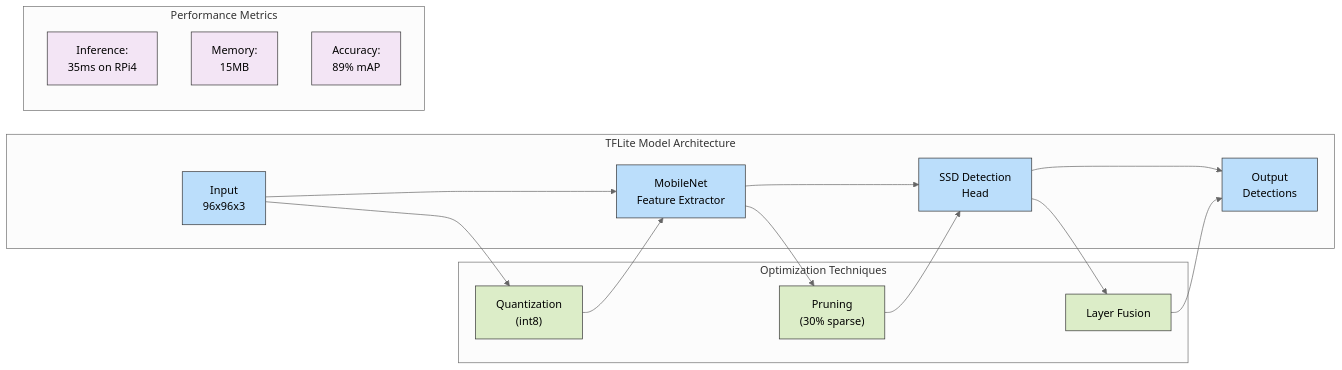
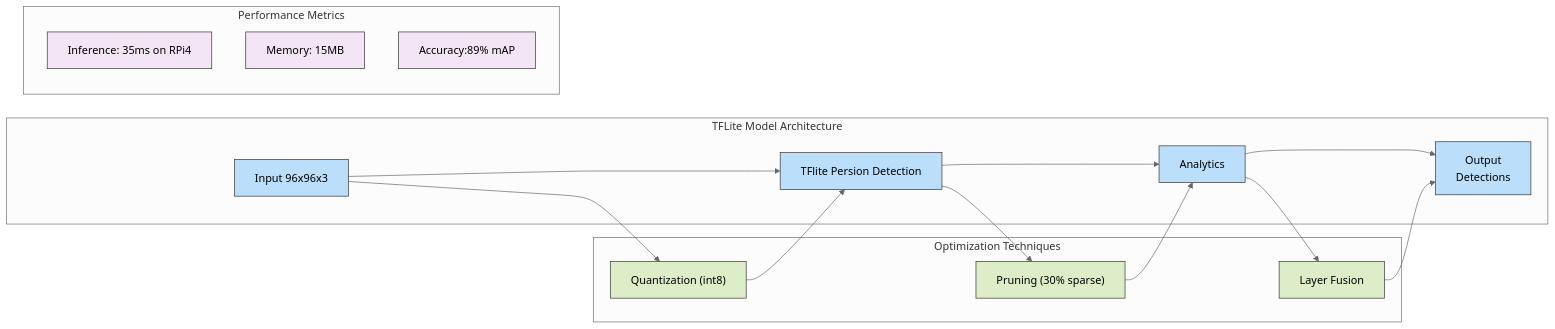
Before and after one commit to Luisnguyen1/SenEdge: the fifth of 8 diagrams in document/7_crowd_detection.md, drawn with Mermaid (neutral theme).

````diff
--- a/document/7_crowd_detection.md
+++ b/document/7_crowd_detection.md
@@ -150,35 +150,35 @@
 ```mermaid
 flowchart LR
     subgraph "TFLite Model Architecture"
-        A["Input\n96x96x3"] --> B["MobileNet\nFeature Extractor"]
-        B --> C["SSD Detection\nHead"]
+        A["Input 96x96x3"] --> B["TFlite Persion Detection"]
+        B --> C["Analytics"]
         C --> D["Output\nDetections"]
     end
     
     subgraph "Optimization Techniques"
-        E["Quantization\n(int8)"]
-        F["Pruning\n(30% sparse)"]
+        E["Quantization (int8)"]
+        F["Pruning (30% sparse)"]
         G["Layer Fusion"]
     end
     
     subgraph "Performance Metrics"
-        H["Inference:\n35ms on RPi4"]
-        I["Memory:\n15MB"]
-        J["Accuracy:\n89% mAP"]
+        H["Inference: 35ms on RPi4"]
+        I["Memory: 15MB"]
+        J["Accuracy:89% mAP"]
     end
     
     A --> E
     E --> B
     B --> F
     F --> C
     C --> G
     G --> D
     
     classDef arch fill:#bbdefb,stroke:#333,stroke-width:1px
     classDef opt fill:#dcedc8,stroke:#333,stroke-width:1px
     classDef metrics fill:#f3e5f5,stroke:#333,stroke-width:1px
     
     class A,B,C,D arch
     class E,F,G opt
     class H,I,J metrics
 ```
````
